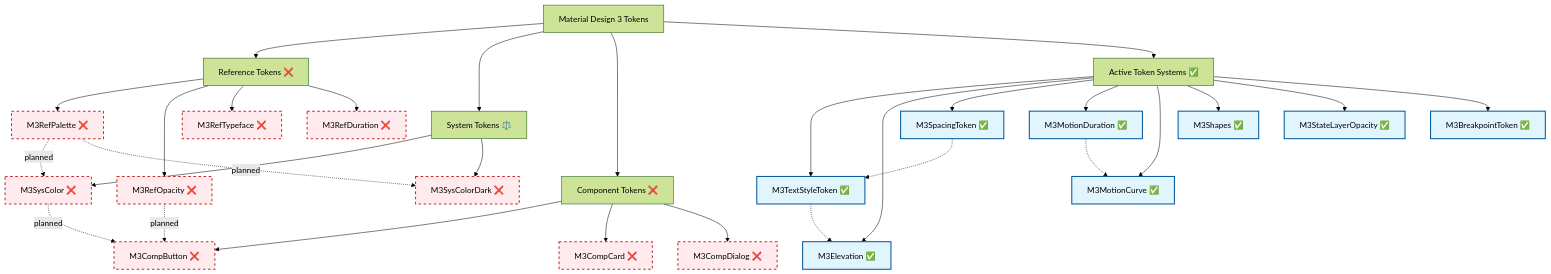
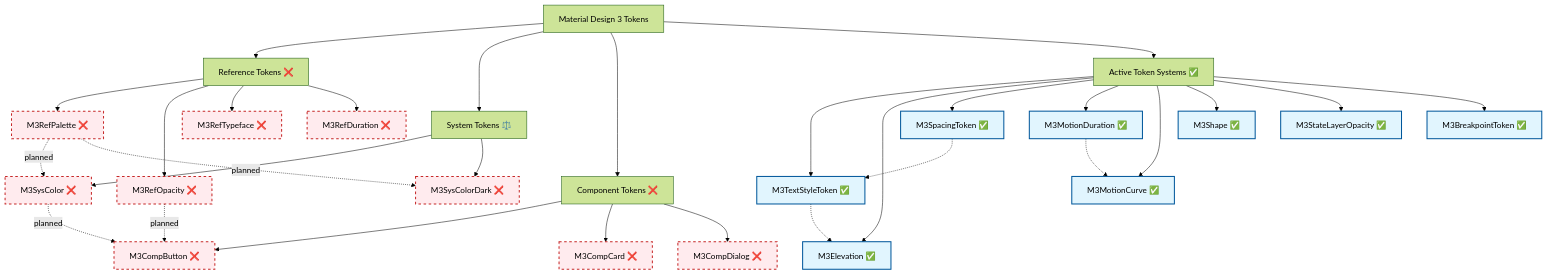
One commit to fluttely/material_design changed the first of 5 diagrams in documentation/material_design/en_US/maps/Token Map.md. Above: the diagram before and after it, drawn with Mermaid (forest theme). The commit also changed other lines of this file and 96 other files, not shown here.

````diff
--- a/documentation/material_design/en_US/maps/Token Map.md
+++ b/documentation/material_design/en_US/maps/Token Map.md
@@ -29,45 +29,45 @@
 ```mermaid
 graph TD
     A[Material Design 3 Tokens] --> B[Reference Tokens ❌]
     A --> C[System Tokens ⚖️]
     A --> D[Component Tokens ❌]
     A --> E[Active Token Systems ✅]
 
     B --> B1[M3RefPalette ❌]
     B --> B2[M3RefOpacity ❌]
     B --> B3[M3RefTypeface ❌]
     B --> B4[M3RefDuration ❌]
 
     C --> C1[M3SysColor ❌]
     C --> C2[M3SysColorDark ❌]
 
     D --> D1[M3CompButton ❌]
     D --> D2[M3CompCard ❌]
     D --> D3[M3CompDialog ❌]
 
     E --> E1[M3TextStyleToken ✅]
     E --> E2[M3Elevation ✅]
     E --> E3[M3SpacingToken ✅]
     E --> E4[M3MotionDuration ✅]
     E --> E5[M3MotionCurve ✅]
-    E --> E6[M3Shapes ✅]
+    E --> E6[M3Shape ✅]
     E --> E7[M3StateLayerOpacity ✅]
     E --> E8[M3BreakpointToken ✅]
 
     %% Active dependencies (green)
     E1 -.-> E2
     E3 -.-> E1
     E4 -.-> E5
 
     %% Planned dependencies (red dashed)
     B1 -.->|planned| C1
     B1 -.->|planned| C2
     B2 -.->|planned| D1
     C1 -.->|planned| D1
 
     classDef activeToken fill:#e1f5fe,stroke:#01579b,stroke-width:2px
     classDef inactiveToken fill:#ffebee,stroke:#c62828,stroke-width:2px,stroke-dasharray: 5 5
 
     class E1,E2,E3,E4,E5,E6,E7,E8 activeToken
     class B1,B2,B3,B4,C1,C2,D1,D2,D3 inactiveToken
 ```
````
